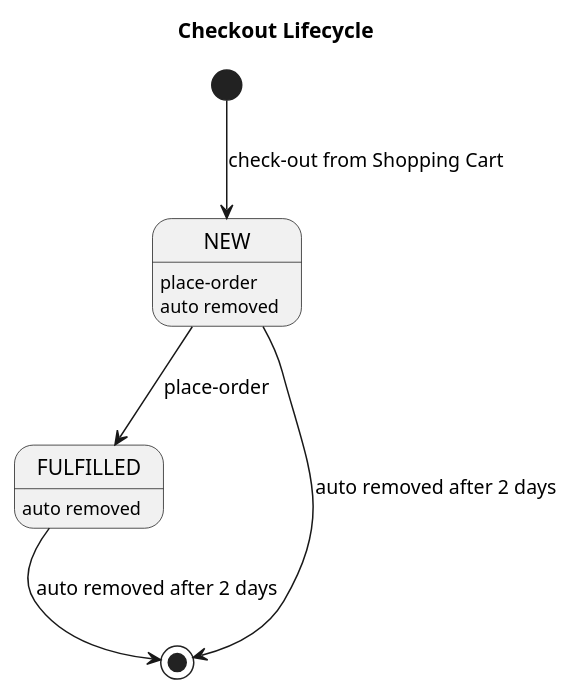
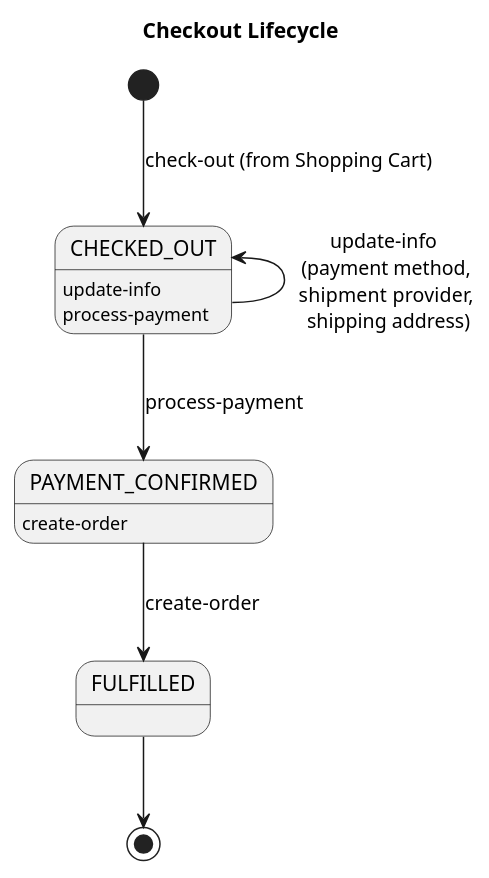
The diagram in docs/design/order-flows/diagrams/checkout.states.puml (nashtech-garage/yas), drawn with PlantUML before and after one commit. The commit also changed 2 other files, not shown here.

Commit message:
Update Checkout and Order States

```diff
--- a/docs/design/order-flows/diagrams/checkout.states.puml
+++ b/docs/design/order-flows/diagrams/checkout.states.puml
@@ -1,12 +1,14 @@
 @startuml Checkout Lifecycle
+
 title Checkout Lifecycle
-[*] --> NEW : check-out from Shopping Cart
-NEW --> FULFILLED: place-order
-FULFILLED --> [*]: auto removed after 2 days
-NEW --> [*]: auto removed after 2 days
+[*] --> CHECKED_OUT : check-out (from Shopping Cart)
+CHECKED_OUT -down-> PAYMENT_CONFIRMED: process-payment
+CHECKED_OUT -up-> CHECKED_OUT: update-info \n (payment method, \n shipment provider, \n shipping address)
+PAYMENT_CONFIRMED -down-> FULFILLED: create-order
+FULFILLED -down-> [*]
 
-NEW: place-order
-NEW: auto removed
-FULFILLED: auto removed
+CHECKED_OUT: update-info
+CHECKED_OUT: process-payment
+PAYMENT_CONFIRMED: create-order
 
 @enduml
```
